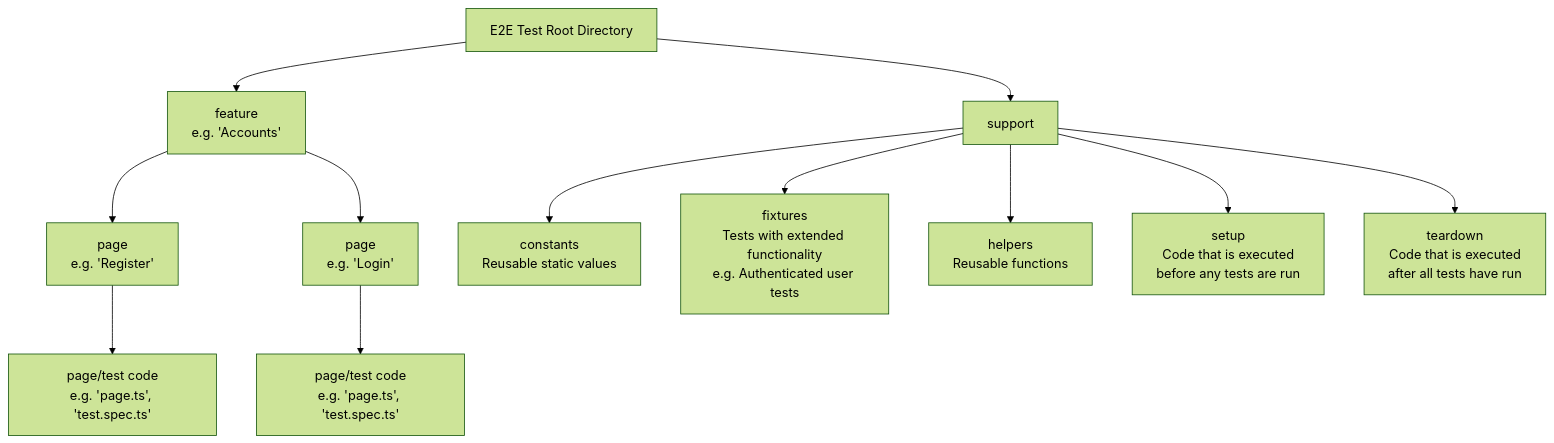
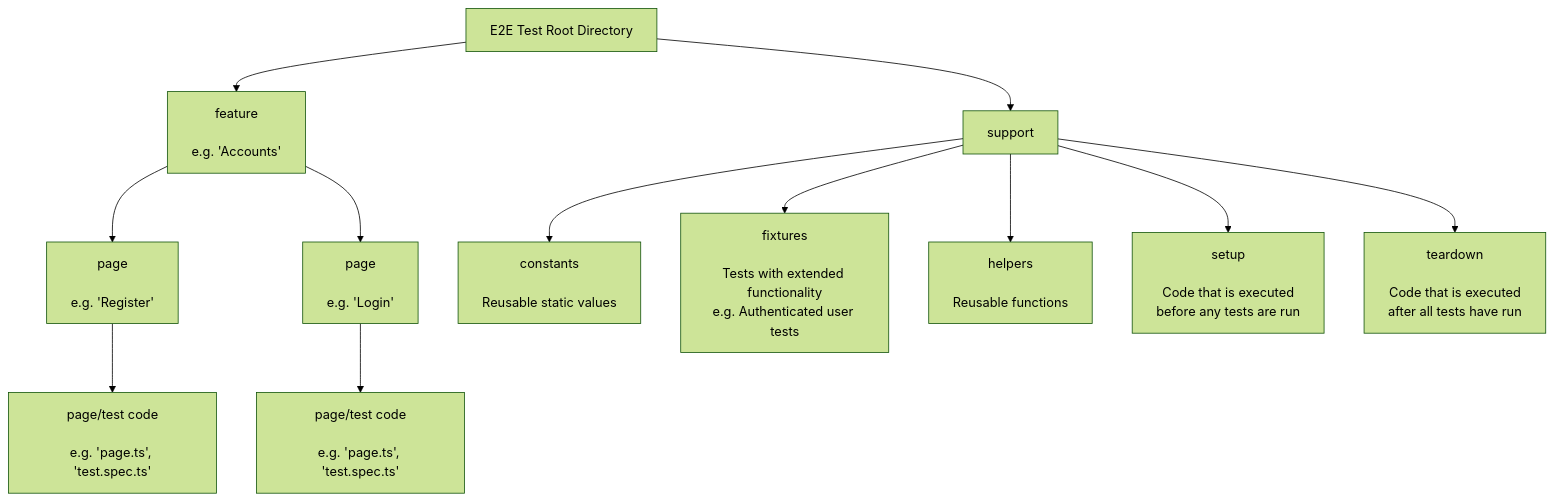
Before and after one commit to arcanemachine/phoenix-todo-list: the diagram in test/js/e2e/README.md, drawn with Mermaid (forest theme).

Commit message:
(e2e) Add more spacing to mermaid diagram

````diff
--- a/test/js/e2e/README.md
+++ b/test/js/e2e/README.md
@@ -43,27 +43,25 @@
 ```mermaid
 flowchart TD
     Root[E2E Test Root Directory]
-        feature[feature\ne.g. 'Accounts']
-            pageA[page\ne.g. 'Register']
-                codeA[page/test code\ne.g. 'page.ts', 'test.spec.ts']
-            pageB[page\ne.g. 'Login']
-                codeB[page/test code\ne.g. 'page.ts', 'test.spec.ts']
+        feature[feature\n\ne.g. 'Accounts']
+            pageA[page\n\ne.g. 'Register']
+                codeA[page/test code\n\ne.g. 'page.ts', 'test.spec.ts']
+            pageB[page\n\ne.g. 'Login']
+                codeB[page/test code\n\ne.g. 'page.ts', 'test.spec.ts']
         support[support]
-            constants[constants\nReusable static values]
-            fixtures[fixtures\nTests with extended functionality\ne.g. Authenticated user tests]
-            helpers[helpers\nReusable functions]
-            setup[setup\nCode that is executed\nbefore any tests are run]
-            teardown[teardown\nCode that is executed\nafter all tests have run]
-
-
+            constants[constants\n\nReusable static values]
+            fixtures[fixtures\n\nTests with extended functionality\ne.g. Authenticated user tests]
+            helpers[helpers\n\nReusable functions]
+            setup[setup\n\nCode that is executed\nbefore any tests are run]
+            teardown[teardown\n\nCode that is executed\nafter all tests have run]
 
     Root --> feature
         feature --> pageA --> codeA
         feature --> pageB --> codeB
     Root --> support
         support --> constants
         support --> fixtures
         support --> helpers
         support --> setup
         support --> teardown
 ```
````
